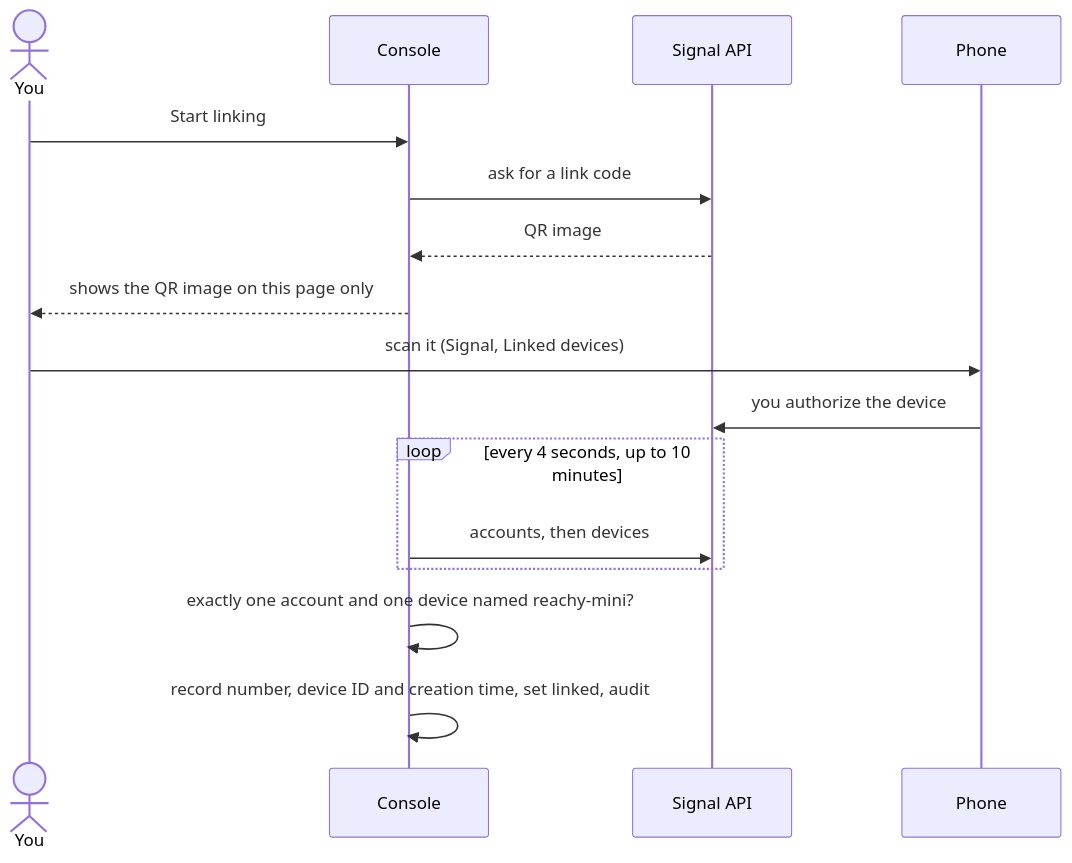
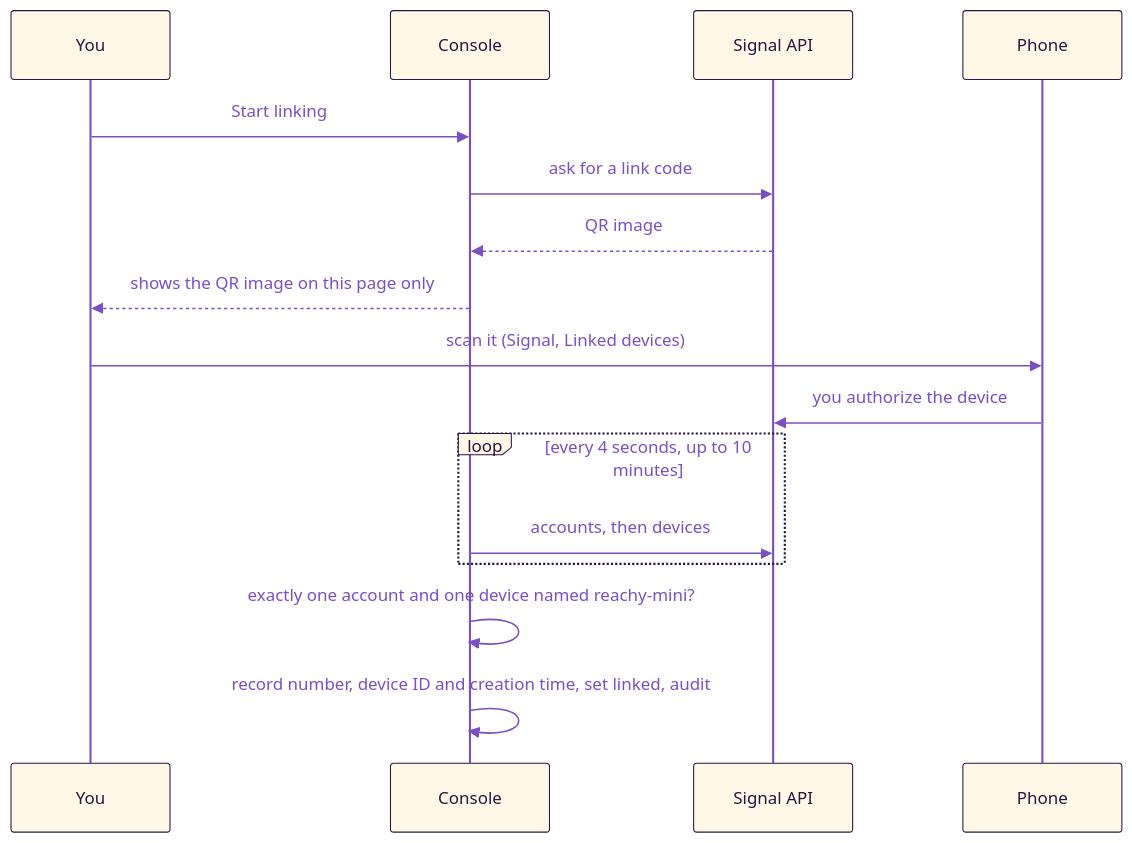
One commit to betiana688/lola-bla changed the third of 3 diagrams in docs/architecture/console.md. Above: the diagram before and after it, drawn with Mermaid. The commit also changed other lines of this file and 10 other files, not shown here.

Commit message:
docs round 1: brand colours on all 24 diagrams, docs home with two ways in, README status and limits brought up to date, console page table, backlog (guide for users, promo video)

````diff
--- a/docs/architecture/console.md
+++ b/docs/architecture/console.md
@@ -124,18 +128,19 @@
 ```mermaid
+%%{init: {"theme":"base","themeVariables":{"primaryColor":"#FFF8E7","primaryTextColor":"#2A1640","primaryBorderColor":"#2A1640","lineColor":"#7B4FC4","textColor":"#7B4FC4","secondaryColor":"#F7D33E","tertiaryColor":"#C9B3F2","noteBkgColor":"#F7D33E","noteTextColor":"#2A1640","noteBorderColor":"#2A1640","actorBkg":"#FFF8E7","actorBorder":"#2A1640","actorTextColor":"#2A1640","actorLineColor":"#7B4FC4","signalColor":"#7B4FC4","signalTextColor":"#7B4FC4","labelBoxBkgColor":"#FFF8E7","labelBoxBorderColor":"#2A1640","labelTextColor":"#2A1640","loopTextColor":"#7B4FC4","edgeLabelBackground":"#FFF8E7","clusterBkg":"#C9B3F2","clusterBorder":"#2A1640","titleColor":"#2A1640"}}}%%
 sequenceDiagram
-  actor U as You
+  participant U as You
   participant C as Console
   participant S as Signal API
   participant P as Phone
   U->>C: Start linking
   C->>S: ask for a link code
   S-->>C: QR image
   C-->>U: shows the QR image on this page only
   U->>P: scan it (Signal, Linked devices)
   P->>S: you authorize the device
   loop every 4 seconds, up to 10 minutes
     C->>S: accounts, then devices
   end
   C->>C: exactly one account and one device named reachy-mini?
   C->>C: record number, device ID and creation time, set linked, audit
 ```
````
